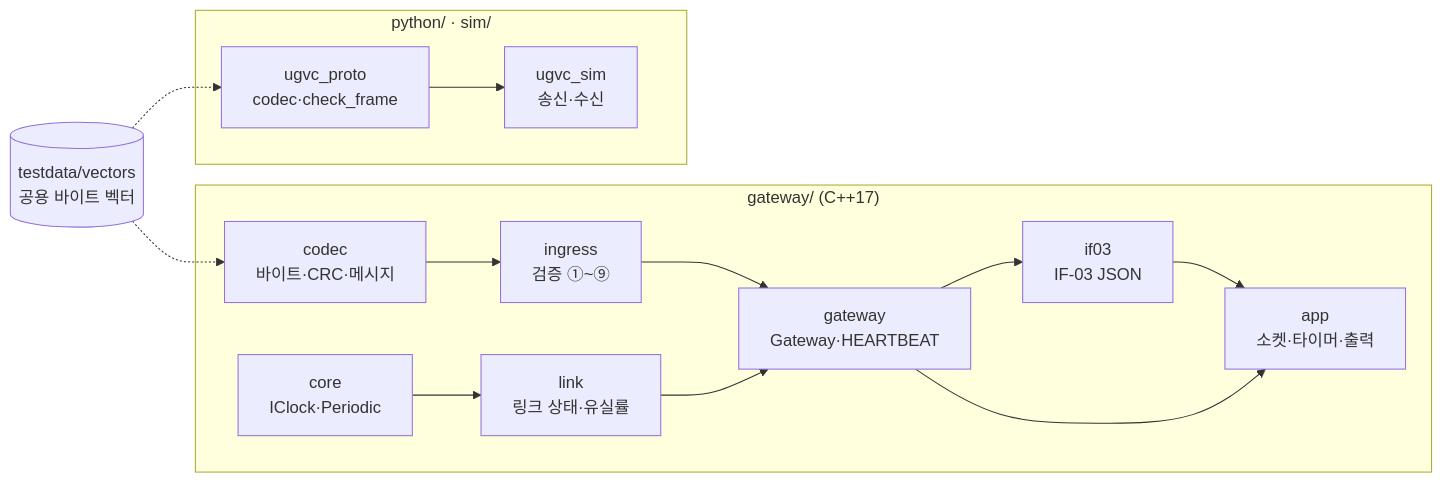
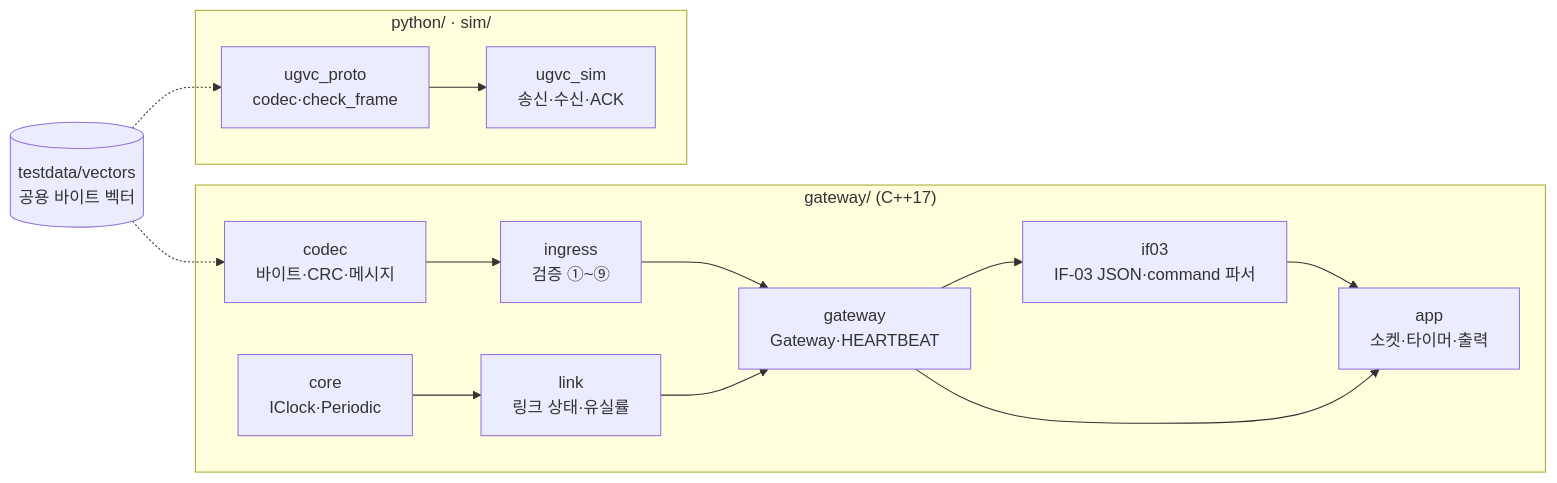
One commit to PuniPaw/ugv-control-hmi changed the first of 6 diagrams in docs/03_SDD.md. Above: the diagram before and after it, drawn with Mermaid. The commit also changed other lines of this file and 3 other files, not shown here.

````diff
--- a/docs/03_SDD.md
+++ b/docs/03_SDD.md
@@ -36,17 +37,17 @@
 ```mermaid
 flowchart LR
     subgraph GW["gateway/ (C++17)"]
         codec["codec<br/>바이트·CRC·메시지"] --> ingress["ingress<br/>검증 ①~⑨"]
         core["core<br/>IClock·Periodic"] --> link["link<br/>링크 상태·유실률"]
         ingress --> gw["gateway<br/>Gateway·HEARTBEAT"]
         link --> gw
-        gw --> if03["if03<br/>IF-03 JSON"]
+        gw --> if03["if03<br/>IF-03 JSON·command 파서"]
         if03 --> app["app<br/>소켓·타이머·출력"]
         gw --> app
     end
     subgraph PY["python/ · sim/"]
-        proto["ugvc_proto<br/>codec·check_frame"] --> sim["ugvc_sim<br/>송신·수신"]
+        proto["ugvc_proto<br/>codec·check_frame"] --> sim["ugvc_sim<br/>송신·수신·ACK"]
     end
     vectors[("testdata/vectors<br/>공용 바이트 벡터")] -.-> codec
     vectors -.-> proto
 ```
````
